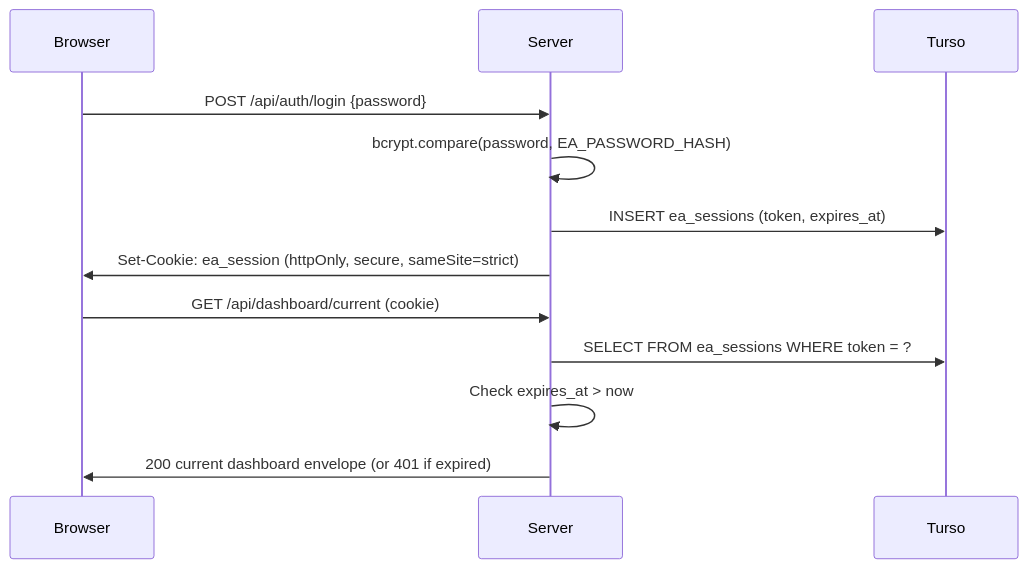
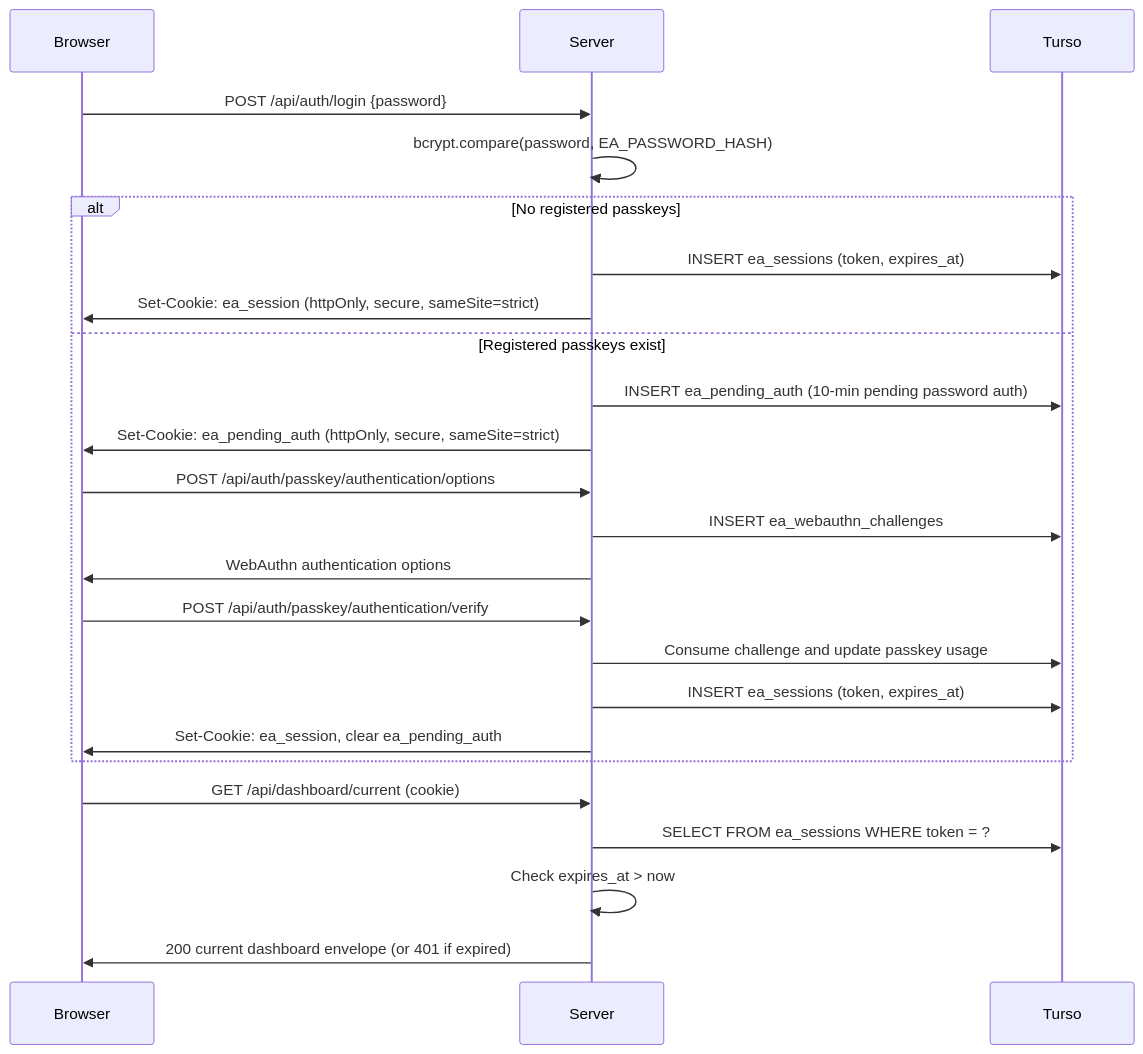
The fifth of 7 diagrams in ARCHITECTURE.md (ansidian/Setpoint), drawn with Mermaid before and after one commit. The commit also changed other lines of this file and 36 other files, not shown here.

Commit message:
feat: require passkey auth for dashboard

````diff
--- a/ARCHITECTURE.md
+++ b/ARCHITECTURE.md
@@ -298,16 +298,28 @@
 ```mermaid
 sequenceDiagram
     participant B as Browser
     participant S as Server
     participant DB as Turso
 
     B->>S: POST /api/auth/login {password}
     S->>S: bcrypt.compare(password, EA_PASSWORD_HASH)
-    S->>DB: INSERT ea_sessions (token, expires_at)
-    S->>B: Set-Cookie: ea_session (httpOnly, secure, sameSite=strict)
+    alt No registered passkeys
+        S->>DB: INSERT ea_sessions (token, expires_at)
+        S->>B: Set-Cookie: ea_session (httpOnly, secure, sameSite=strict)
+    else Registered passkeys exist
+        S->>DB: INSERT ea_pending_auth (10-min pending password auth)
+        S->>B: Set-Cookie: ea_pending_auth (httpOnly, secure, sameSite=strict)
+        B->>S: POST /api/auth/passkey/authentication/options
+        S->>DB: INSERT ea_webauthn_challenges
+        S->>B: WebAuthn authentication options
+        B->>S: POST /api/auth/passkey/authentication/verify
+        S->>DB: Consume challenge and update passkey usage
+        S->>DB: INSERT ea_sessions (token, expires_at)
+        S->>B: Set-Cookie: ea_session, clear ea_pending_auth
+    end
 
     B->>S: GET /api/dashboard/current (cookie)
     S->>DB: SELECT FROM ea_sessions WHERE token = ?
     S->>S: Check expires_at > now
     S->>B: 200 current dashboard envelope (or 401 if expired)
 ```
````
